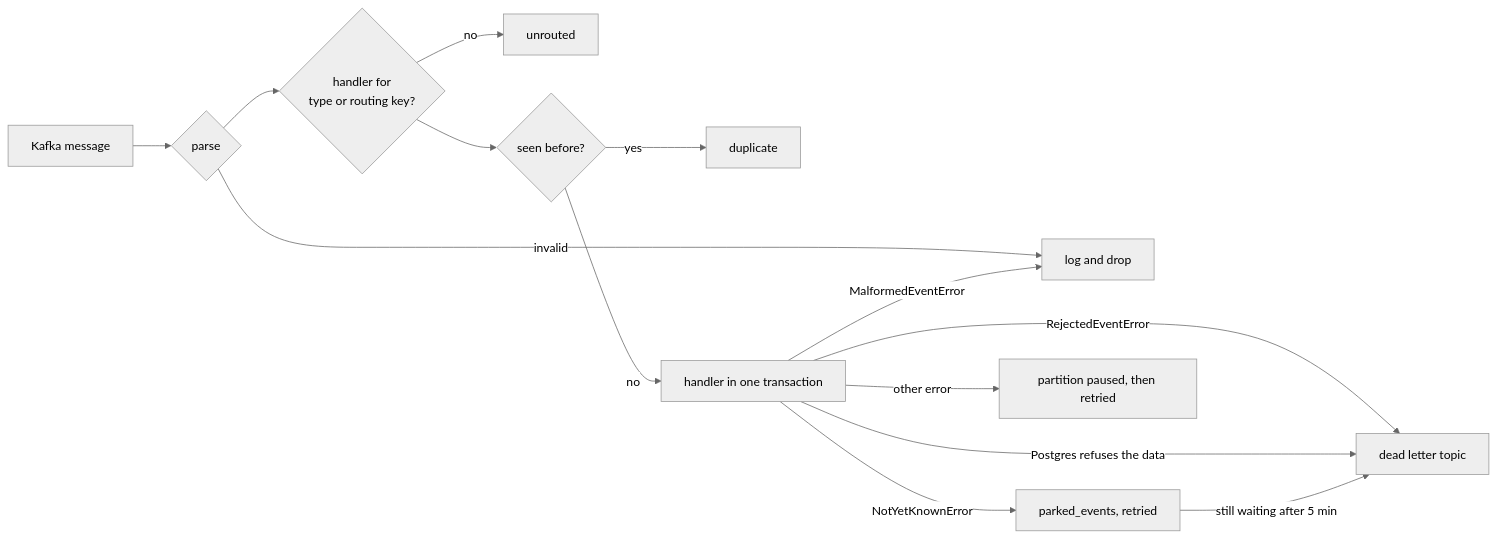
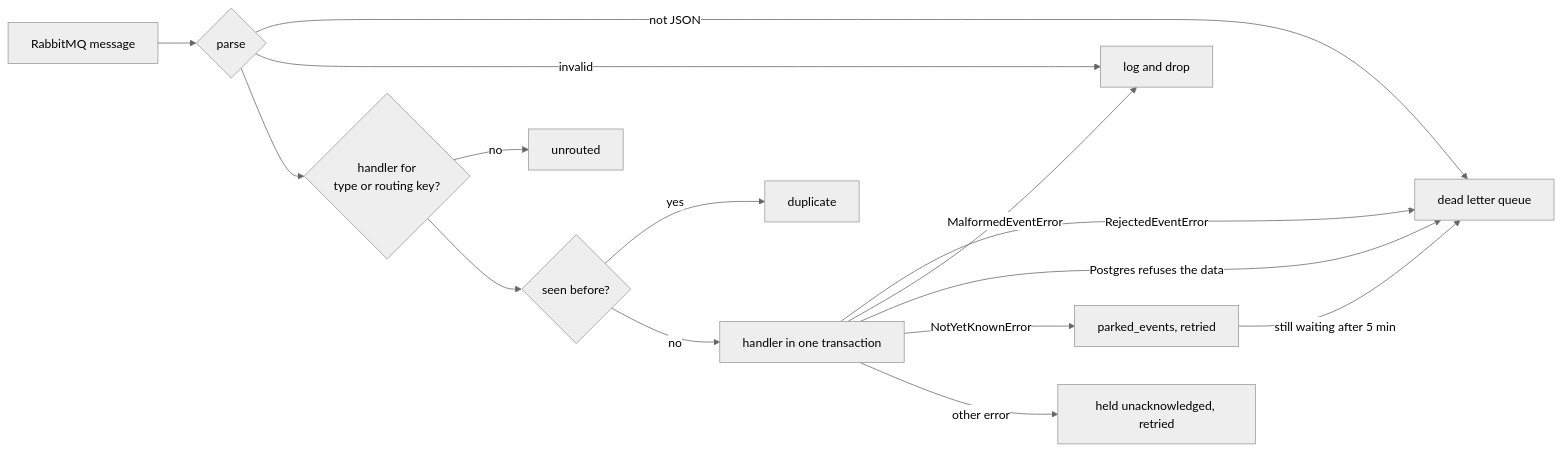
The second of 2 diagrams in docs/backend-dev.md (linagora/twake-space), drawn with Mermaid (neutral theme) before and after one commit. The commit also changed other lines of this file and 4 other files, not shown here.

````diff
--- a/docs/backend-dev.md
+++ b/docs/backend-dev.md
@@ -62,15 +62,16 @@
 ```mermaid
 flowchart LR
-  msg[Kafka message] --> parse{parse}
+  msg[RabbitMQ message] --> parse{parse}
+  parse -- not JSON --> dlq
   parse -- invalid --> drop[log and drop]
   parse --> route{handler for<br>type or routing key?}
   route -- no --> skip[unrouted]
   route --> dedupe{seen before?}
   dedupe -- yes --> dup[duplicate]
   dedupe -- no --> handler[handler in one transaction]
-  handler -- RejectedEventError --> dlq["dead letter topic"]
+  handler -- RejectedEventError --> dlq["dead letter queue"]
   handler -- MalformedEventError --> drop
   handler -- Postgres refuses the data --> dlq
   handler -- NotYetKnownError --> park[parked_events, retried] -- still waiting after 5 min --> dlq
-  handler -- other error --> retry[partition paused, then retried]
+  handler -- other error --> retry[held unacknowledged, retried]
 ```
````
